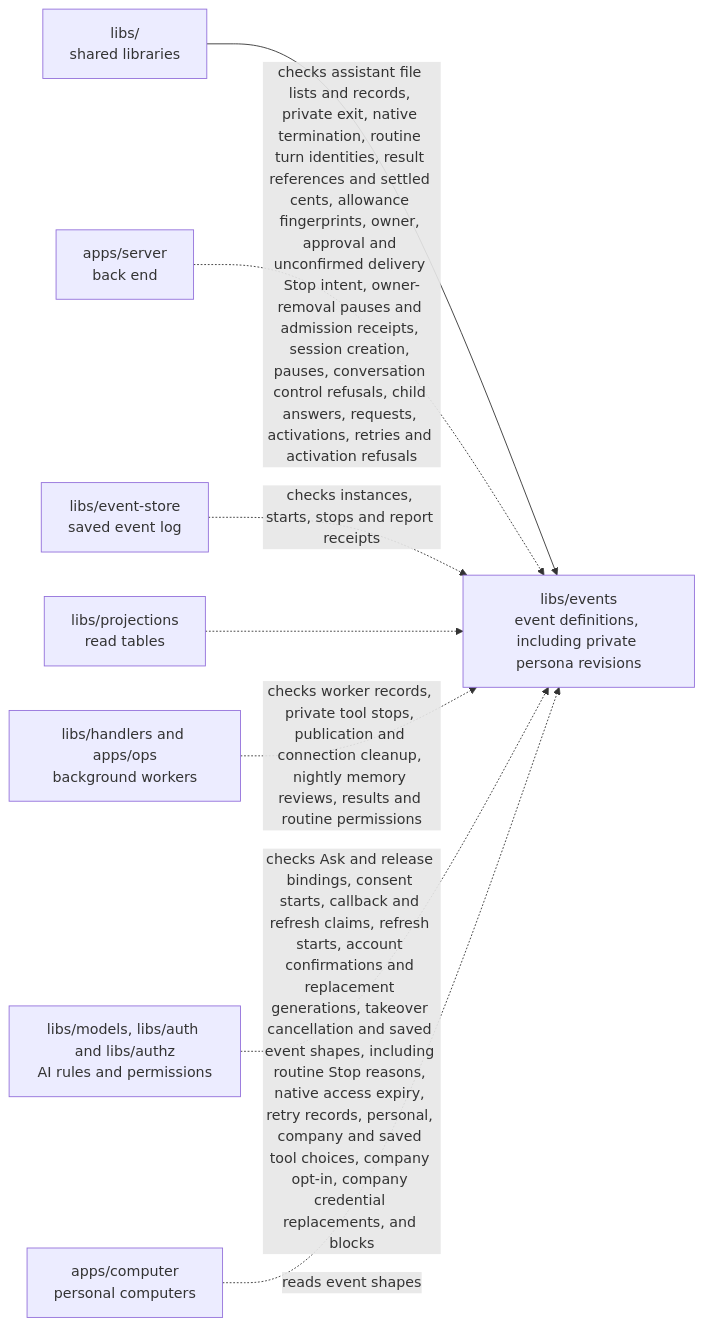
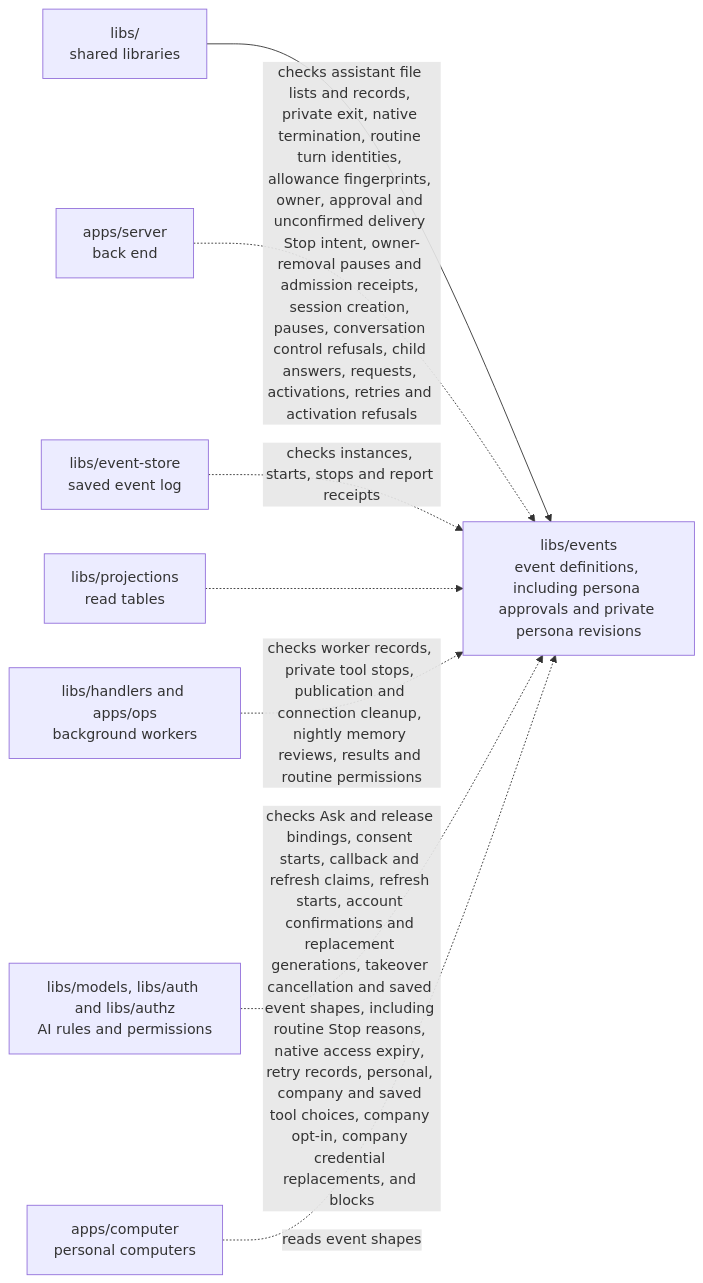
Before and after one commit to elewa-git/opencrane-new: the diagram in libs/events/README.md, drawn with Mermaid. The commit also changed other lines of this file and 16 other files, not shown here.

````diff
--- a/libs/events/README.md
+++ b/libs/events/README.md
@@ -55,10 +56,10 @@
 ```mermaid
 flowchart LR
-  parent["libs/<br/>shared libraries"] --> events["libs/events<br/>event definitions, including private persona revisions"]
-  server["apps/server<br/>back end"] -.->|checks assistant file lists and records, private exit, native termination, routine turn identities, result references and settled cents, allowance fingerprints, owner, approval and unconfirmed delivery Stop intent, owner-removal pauses and admission receipts, session creation, pauses, conversation control refusals, child answers, requests, activations, retries and activation refusals| events
+  parent["libs/<br/>shared libraries"] --> events["libs/events<br/>event definitions, including persona approvals and private persona revisions"]
+  server["apps/server<br/>back end"] -.->|checks assistant file lists and records, private exit, native termination, routine turn identities, allowance fingerprints, owner, approval and unconfirmed delivery Stop intent, owner-removal pauses and admission receipts, session creation, pauses, conversation control refusals, child answers, requests, activations, retries and activation refusals| events
   store["libs/event-store<br/>saved event log"] -.->|checks instances, starts, stops and report receipts| events
   projections["libs/projections<br/>read tables"] -.-> events
   workers["libs/handlers and apps/ops<br/>background workers"] -.->|checks worker records, private tool stops, publication and connection cleanup, nightly memory reviews, results and routine permissions| events
   models["libs/models, libs/auth and libs/authz<br/>AI rules and permissions"] -.->|checks Ask and release bindings, consent starts, callback and refresh claims, refresh starts, account confirmations and replacement generations, takeover cancellation and saved event shapes, including routine Stop reasons, native access expiry, retry records, personal, company and saved tool choices, company opt-in, company credential replacements, and blocks| events
   computer["apps/computer<br/>personal computers"] -.->|reads event shapes| events
 ```
````
